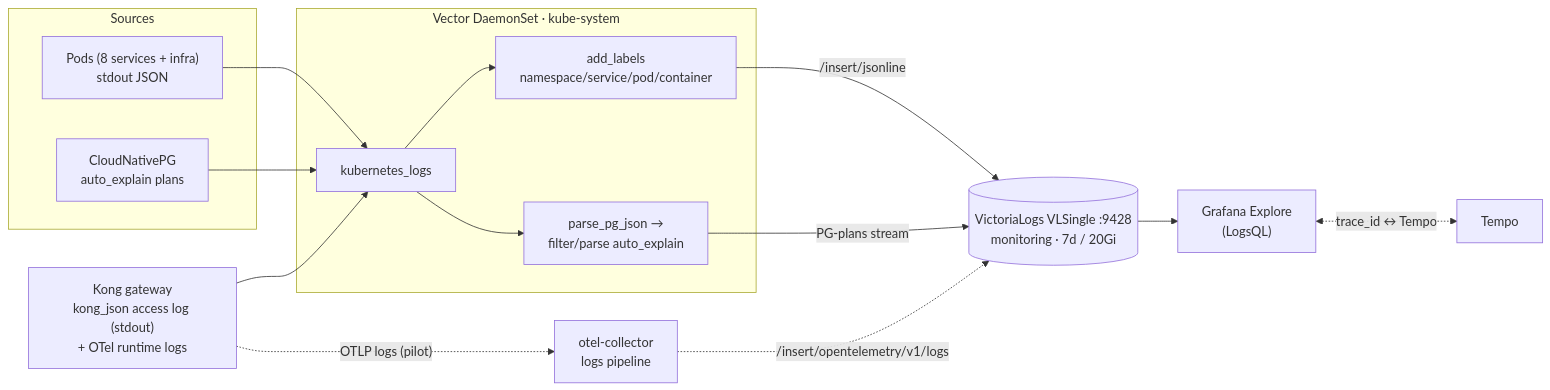
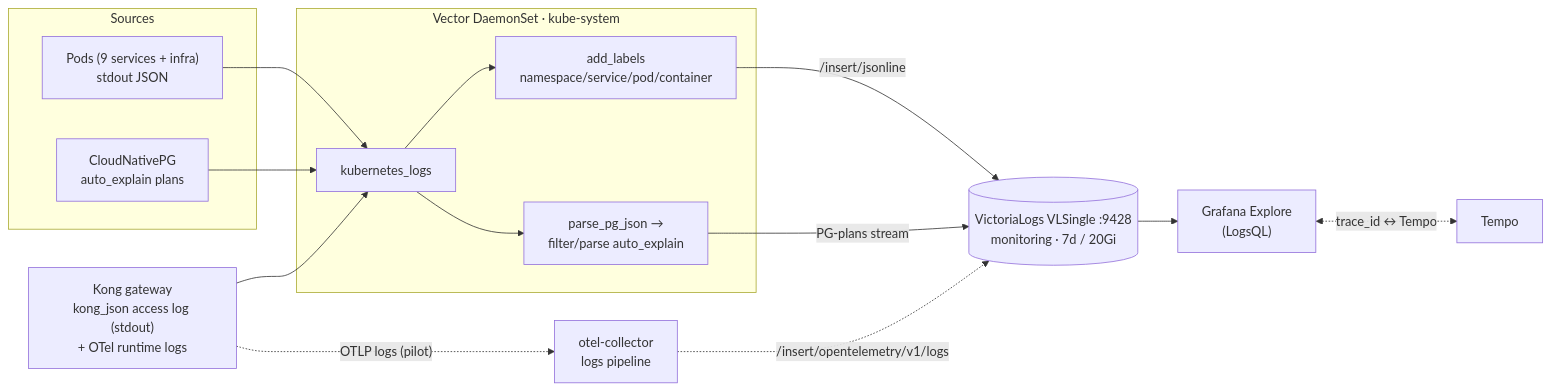
The diagram in docs/observability/logging/README.md (duynhlab/homelab), drawn with Mermaid before and after one commit. The commit also changed other lines of this file and 43 other files, not shown here.

````diff
--- a/docs/observability/logging/README.md
+++ b/docs/observability/logging/README.md
@@ -39,24 +39,24 @@
 ```mermaid
 flowchart LR
     subgraph sources["Sources"]
-        Pods["Pods (8 services + infra)<br/>stdout JSON"]
+        Pods["Pods (9 services + infra)<br/>stdout JSON"]
         CNPG["CloudNativePG<br/>auto_explain plans"]
     end
     subgraph vector["Vector DaemonSet · kube-system"]
         KL["kubernetes_logs"]
         AL["add_labels<br/>namespace/service/pod/container"]
         PG["parse_pg_json →<br/>filter/parse auto_explain"]
     end
     KONG["Kong gateway<br/>kong_json access log (stdout)<br/>+ OTel runtime logs"]
     Pods --> KL
     CNPG --> KL
     KONG --> KL
     KL --> AL
     KL --> PG
     AL -->|"/insert/jsonline"| VL[("VictoriaLogs VLSingle :9428<br/>monitoring · 7d / 20Gi")]
     PG -->|"PG-plans stream"| VL
     KONG -.->|"OTLP logs (pilot)"| COL["otel-collector<br/>logs pipeline"]
     COL -.->|"/insert/opentelemetry/v1/logs"| VL
     VL --> GRAF["Grafana Explore<br/>(LogsQL)"]
     GRAF <-. "trace_id ↔ Tempo" .-> TEMPO["Tempo"]
 ```
````
